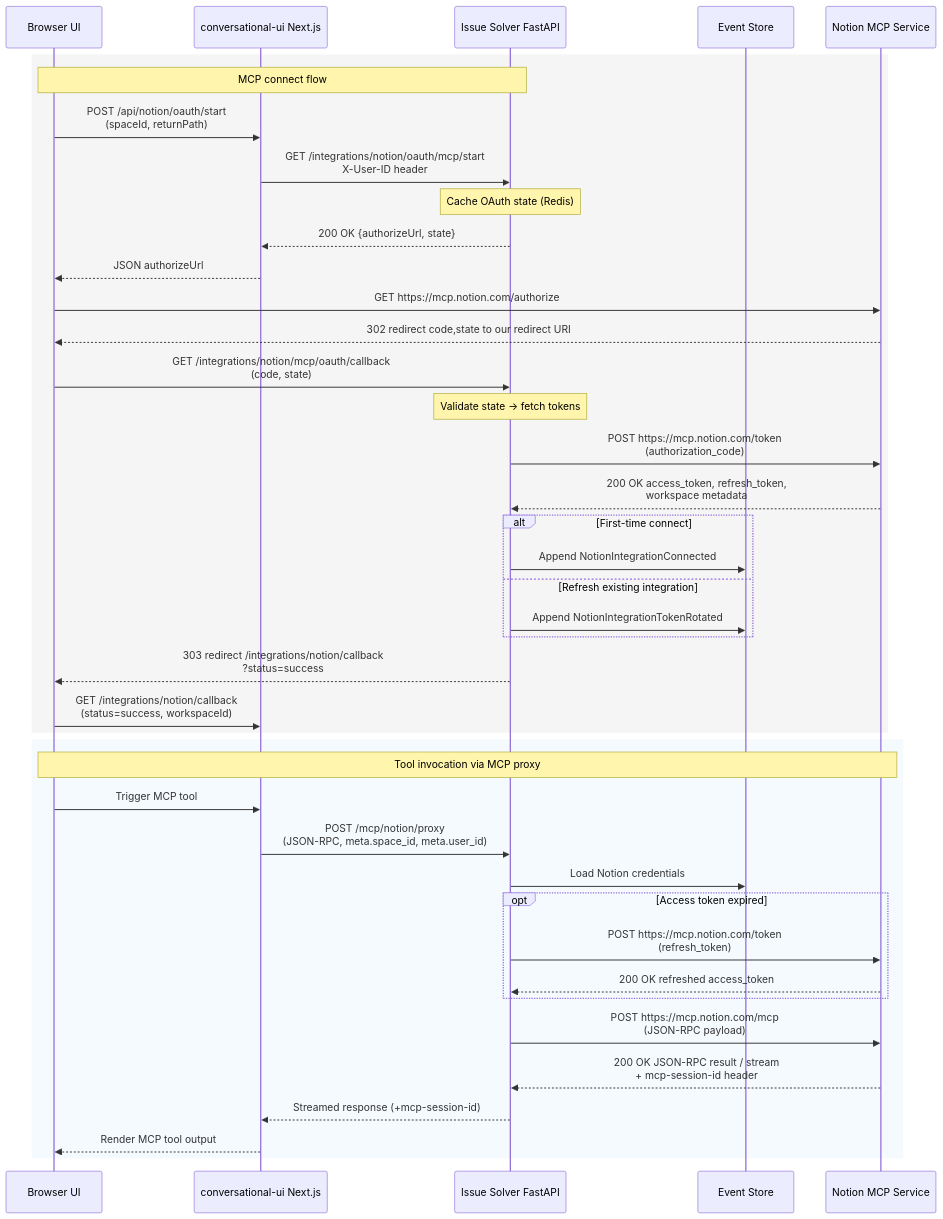
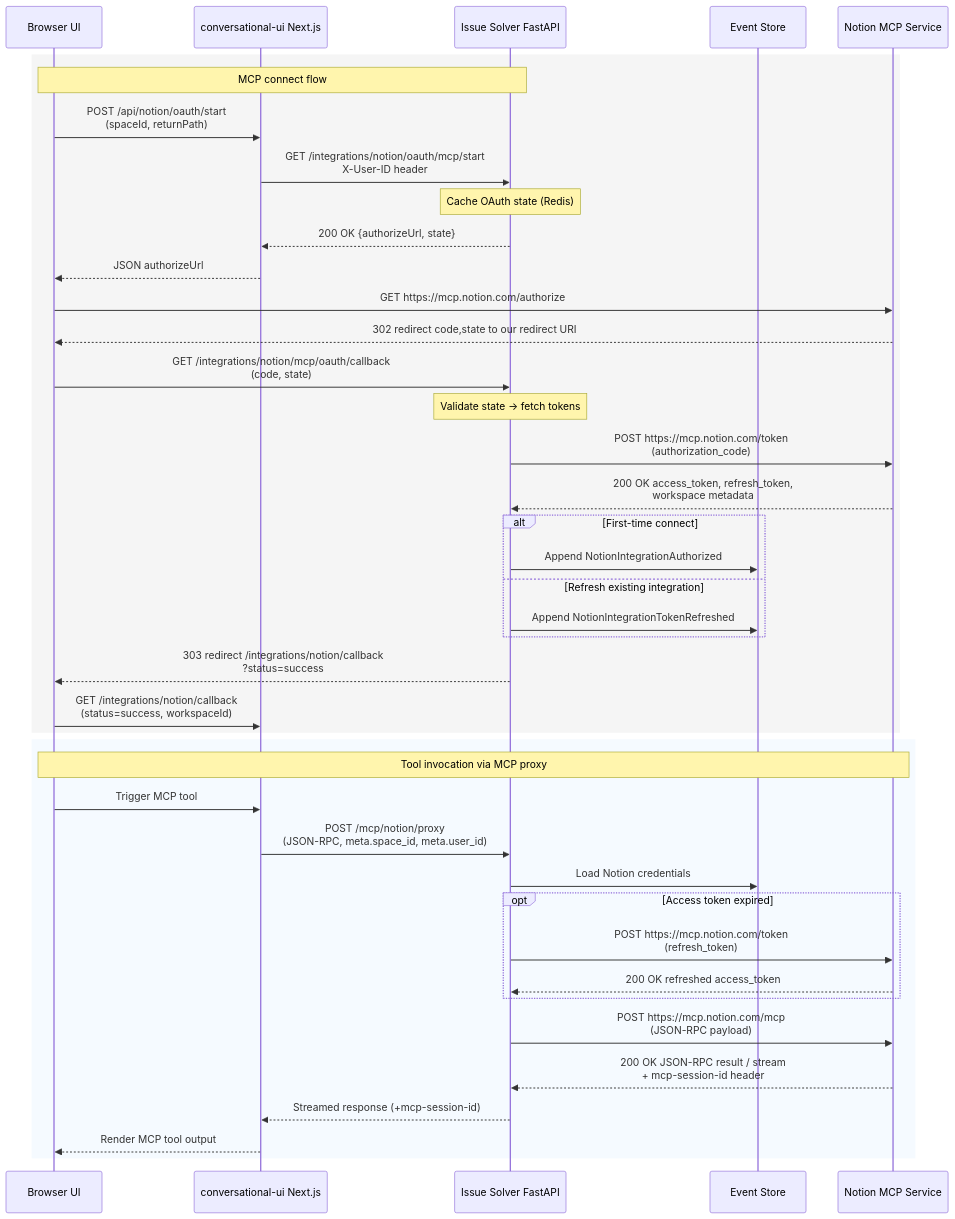
One commit to umans-tech/issue-solver-bots changed the diagram in docs/notion-mcp-readme.md. Above: the diagram before and after it, drawn with Mermaid. The commit also changed other lines of this file and 11 other files, not shown here.

Commit message:
refactor(notion-mcp): rename Notion integration events for clarity and consistency, update tests, records, and related logic ♻️✨

````diff
--- a/docs/notion-mcp-readme.md
+++ b/docs/notion-mcp-readme.md
@@ -29,45 +29,45 @@
 ```mermaid
 sequenceDiagram
     participant Browser as Browser UI
     participant Frontend as conversational-ui Next.js
     participant API as Issue Solver FastAPI
     participant ES as Event Store
     participant Notion as Notion MCP Service
 
     rect rgb(245,245,245)
         Note over Browser,API: MCP connect flow
         Browser->>Frontend: POST /api/notion/oauth/start<br/>(spaceId, returnPath)
         Frontend->>API: GET /integrations/notion/oauth/mcp/start<br/>X-User-ID header
         Note over API: Cache OAuth state (Redis)
         API-->>Frontend: 200 OK {authorizeUrl, state}
         Frontend-->>Browser: JSON authorizeUrl
         Browser->>Notion: GET https://mcp.notion.com/authorize
         Notion-->>Browser: 302 redirect code,state to our redirect URI
         Browser->>API: GET /integrations/notion/mcp/oauth/callback<br/>(code, state)
         Note over API: Validate state → fetch tokens
         API->>Notion: POST https://mcp.notion.com/token<br/>(authorization_code)
         Notion-->>API: 200 OK access_token, refresh_token,<br/>workspace metadata
         alt First-time connect
-            API->>ES: Append NotionIntegrationConnected
+            API->>ES: Append NotionIntegrationAuthorized
         else Refresh existing integration
-            API->>ES: Append NotionIntegrationTokenRotated
+            API->>ES: Append NotionIntegrationTokenRefreshed
         end
         API-->>Browser: 303 redirect /integrations/notion/callback<br/>?status=success
         Browser->>Frontend: GET /integrations/notion/callback<br/>(status=success, workspaceId)
     end
 
     rect rgb(245,250,255)
         Note over Browser,Notion: Tool invocation via MCP proxy
         Browser->>Frontend: Trigger MCP tool
         Frontend->>API: POST /mcp/notion/proxy<br/>(JSON-RPC, meta.space_id, meta.user_id)
         API->>ES: Load Notion credentials
         opt Access token expired
             API->>Notion: POST https://mcp.notion.com/token<br/>(refresh_token)
             Notion-->>API: 200 OK refreshed access_token
         end
         API->>Notion: POST https://mcp.notion.com/mcp<br/>(JSON-RPC payload)
         Notion-->>API: 200 OK JSON-RPC result / stream<br/>+ mcp-session-id header
         API-->>Frontend: Streamed response (+mcp-session-id)
         Frontend-->>Browser: Render MCP tool output
     end
 ```
````
